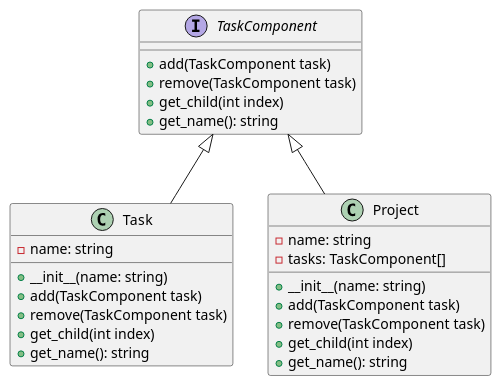
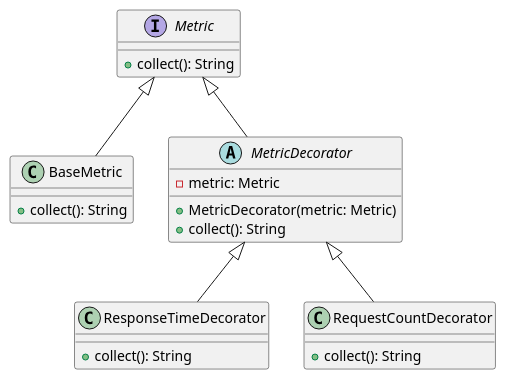
The diagram in klassifikaciya-patternov/structural-patterns/dekorator-decorator/primery/dobavlenie-metrik/python.md (andrewovchinnikov/design-patterns), drawn with PlantUML before and after one commit. The commit also changed other lines of this file and 15 other files, not shown here.

````diff
--- a/klassifikaciya-patternov/structural-patterns/dekorator-decorator/primery/dobavlenie-metrik/python.md
+++ b/klassifikaciya-patternov/structural-patterns/dekorator-decorator/primery/dobavlenie-metrik/python.md
@@ -110,32 +89,30 @@
 ```plantuml
 @startuml
-interface TaskComponent {
-    +add(TaskComponent task)
-    +remove(TaskComponent task)
-    +get_child(int index)
-    +get_name(): string
+interface Metric {
+    +collect(): String
 }
 
-class Task {
-    -name: string
-    +__init__(name: string)
-    +add(TaskComponent task)
-    +remove(TaskComponent task)
-    +get_child(int index)
-    +get_name(): string
+class BaseMetric {
+    +collect(): String
 }
 
-class Project {
-    -name: string
-    -tasks: TaskComponent[]
-    +__init__(name: string)
-    +add(TaskComponent task)
-    +remove(TaskComponent task)
-    +get_child(int index)
-    +get_name(): string
+abstract class MetricDecorator {
+    -metric: Metric
+    +MetricDecorator(metric: Metric)
+    +collect(): String
 }
 
-TaskComponent <|-- Task
-TaskComponent <|-- Project
+class ResponseTimeDecorator {
+    +collect(): String
+}
+
+class RequestCountDecorator {
+    +collect(): String
+}
+
+Metric <|-- BaseMetric
+Metric <|-- MetricDecorator
+MetricDecorator <|-- ResponseTimeDecorator
+MetricDecorator <|-- RequestCountDecorator
 @enduml
 ```
````
